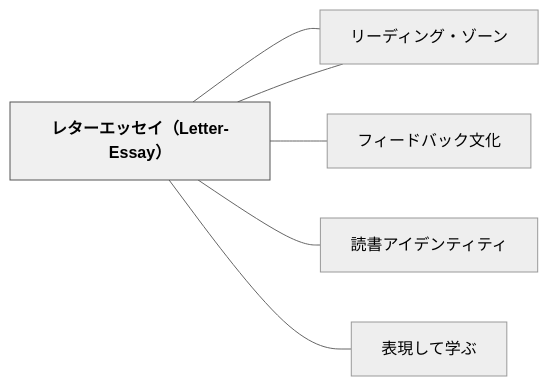
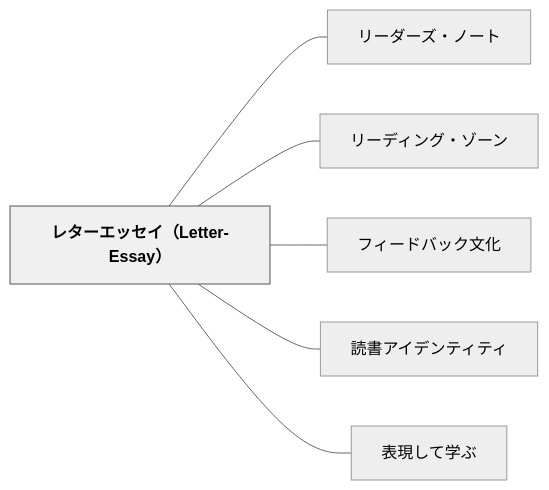
The diagram in content/パタン/レターエッセイ（Letter-Essay）.md (unknownthings-ed-patterns/unknownthings-ed-patterns), drawn with Mermaid (neutral theme) before and after one commit. The commit also changed 527 other files, not shown here.

````diff
--- a/content/パタン/レターエッセイ（Letter-Essay）.md
+++ b/content/パタン/レターエッセイ（Letter-Essay）.md
@@ -134,18 +134,18 @@
 ```mermaid
 flowchart LR
-    ne383ace382bf["レターエッセイ（Letter-Essay）"]
-    ne383aae383bc["リーダーズ・ノート"]
-    ne383aae383bc["リーディング・ゾーン"]
-    ne38395e382a3["フィードバック文化"]
-    ne8aaade69bb8["読書アイデンティティ"]
-    ne8a1a8e78fbe["表現して学ぶ"]
+    ne383ace382bfe383bce382a8e38383e382bbe382a4efbc884c65747465722d4573736179efbc89["レターエッセイ（Letter-Essay）"]
+    ne383aae383bce38380e383bce382bae383bbe3838ee383bce38388["リーダーズ・ノート"]
+    ne383aae383bce38387e382a3e383b3e382b0e383bbe382bee383bce383b3["リーディング・ゾーン"]
+    ne38395e382a3e383bce38389e38390e38383e382afe69687e58c96["フィードバック文化"]
+    ne8aaade69bb8e382a2e382a4e38387e383b3e38386e382a3e38386e382a3["読書アイデンティティ"]
+    ne8a1a8e78fbee38197e381a6e5ada6e381b6["表現して学ぶ"]
 
-    ne383ace382bf --- ne383aae383bc
-    ne383ace382bf --- ne383aae383bc
-    ne383ace382bf --- ne38395e382a3
-    ne383ace382bf --- ne8aaade69bb8
-    ne383ace382bf --- ne8a1a8e78fbe
+    ne383ace382bfe383bce382a8e38383e382bbe382a4efbc884c65747465722d4573736179efbc89 --- ne383aae383bce38380e383bce382bae383bbe3838ee383bce38388
+    ne383ace382bfe383bce382a8e38383e382bbe382a4efbc884c65747465722d4573736179efbc89 --- ne383aae383bce38387e382a3e383b3e382b0e383bbe382bee383bce383b3
+    ne383ace382bfe383bce382a8e38383e382bbe382a4efbc884c65747465722d4573736179efbc89 --- ne38395e382a3e383bce38389e38390e38383e382afe69687e58c96
+    ne383ace382bfe383bce382a8e38383e382bbe382a4efbc884c65747465722d4573736179efbc89 --- ne8aaade69bb8e382a2e382a4e38387e383b3e38386e382a3e38386e382a3
+    ne383ace382bfe383bce382a8e38383e382bbe382a4efbc884c65747465722d4573736179efbc89 --- ne8a1a8e78fbee38197e381a6e5ada6e381b6
 
     classDef hub fill:#f0f0f0,stroke:#555,color:#000,font-weight:bold
-    class ne383ace382bf hub
+    class ne383ace382bfe383bce382a8e38383e382bbe382a4efbc884c65747465722d4573736179efbc89 hub
 ```
````
